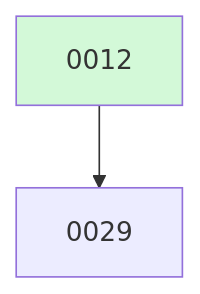
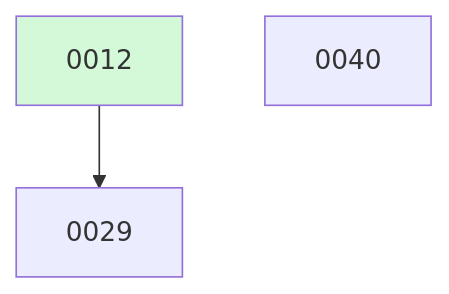
One commit to ethanhinson/fuse changed the diagram in docs/changes/BOARD.md. Above: the diagram before and after it, drawn with Mermaid. The commit also changed other lines of this file, not shown here.

````diff
--- a/docs/changes/BOARD.md
+++ b/docs/changes/BOARD.md
@@ -11,6 +17,7 @@
 ```mermaid
 graph TD
   0012 --> 0029
+  0040
   0012:::done
   classDef done fill:#d3f9d8;
 ```
````
